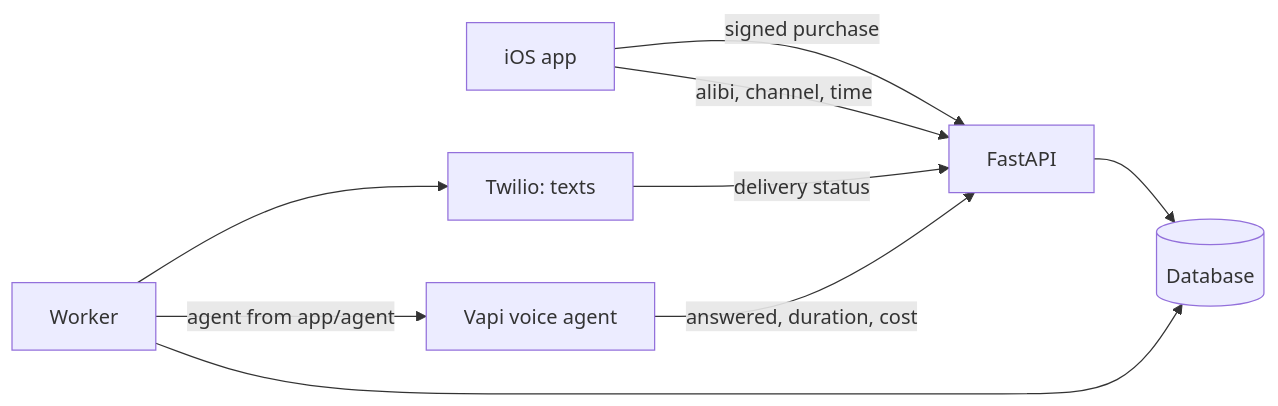
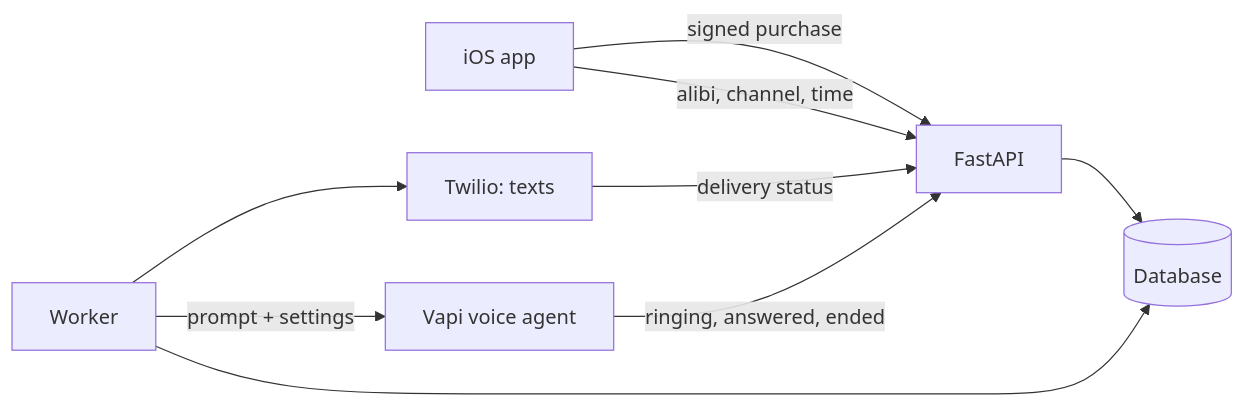
Before and after one commit to loukra/AlibiMe: the diagram in README.md, drawn with Mermaid. The commit also changed other lines of this file and 3 other files, not shown here.

````diff
--- a/README.md
+++ b/README.md
@@ -94,11 +43,11 @@
 ```mermaid
 flowchart LR
     App[iOS app] -->|alibi, channel, time| API[FastAPI]
     API --> DB[(Database)]
     Worker --> DB
-    Worker -->|agent from app/agent| Vapi[Vapi voice agent]
+    Worker -->|prompt + settings| Vapi[Vapi voice agent]
     Worker --> Twilio[Twilio: texts]
-    Vapi -->|answered, duration, cost| API
+    Vapi -->|ringing, answered, ended| API
     Twilio -->|delivery status| API
     App -->|signed purchase| API
 ```
````
